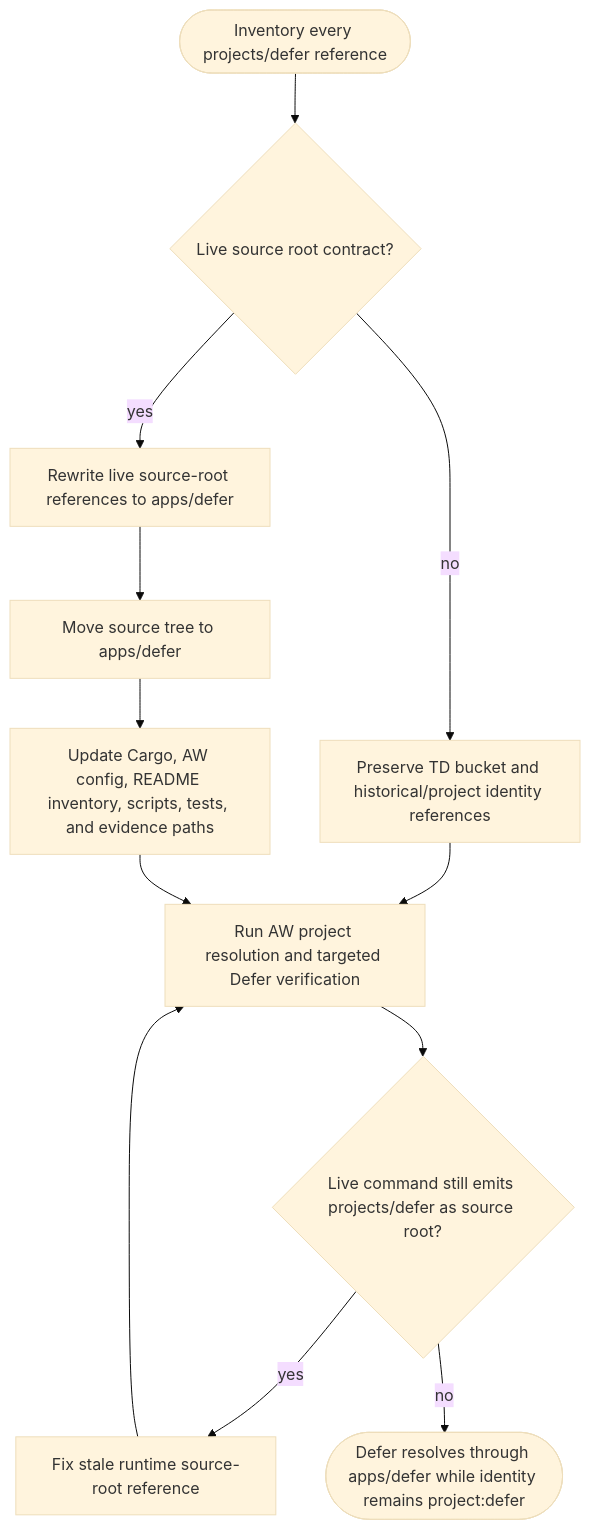
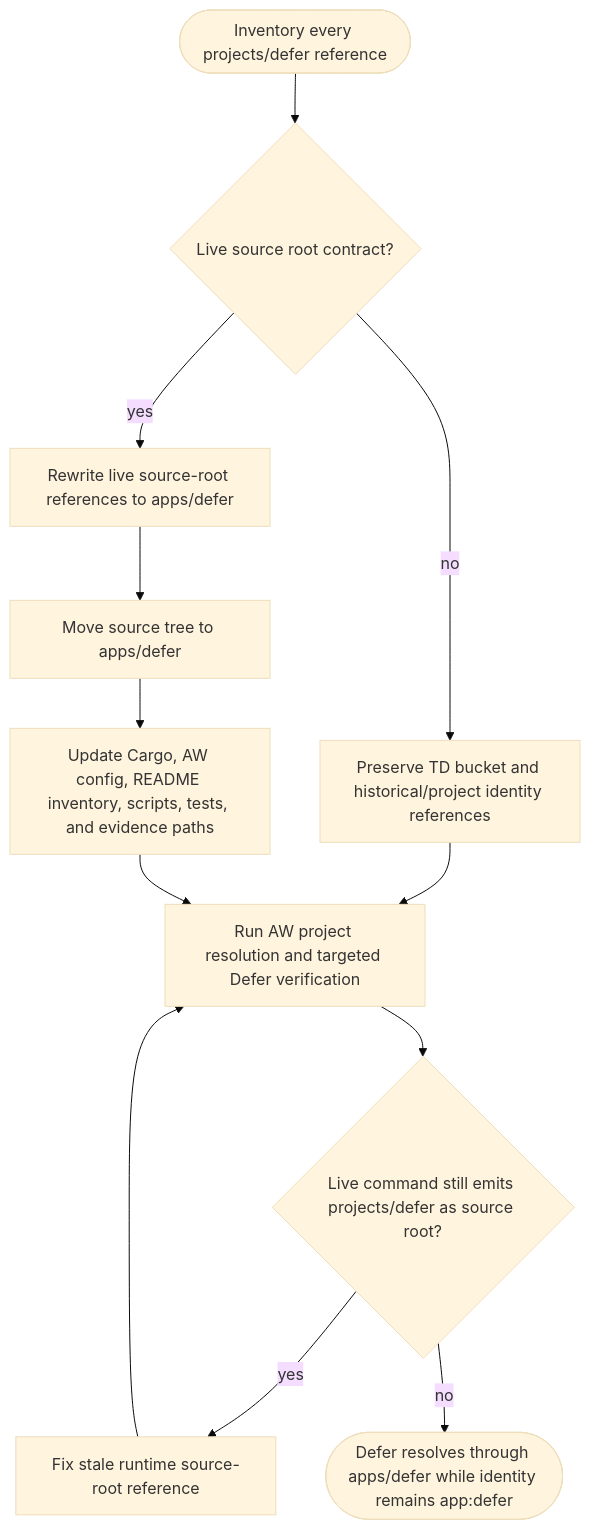
Before and after one commit to chrischeng-c4/axiom: the first of 2 diagrams in projects/defer/tech-design/logic/repo-taxonomy-move-defer-from-projects-defer-to-apps-defer.md, drawn with Mermaid (base theme). The commit also changed other lines of this file and 84 other files, not shown here.

````diff
--- a/projects/defer/tech-design/logic/repo-taxonomy-move-defer-from-projects-defer-to-apps-defer.md
+++ b/projects/defer/tech-design/logic/repo-taxonomy-move-defer-from-projects-defer-to-apps-defer.md
@@ -53,7 +53,7 @@
     label: "Fix the stale runtime source-root reference"
   done:
     kind: terminal
-    label: "Defer resolves through apps/defer while project identity remains project:defer"
+    label: "Defer resolves through apps/defer while project identity remains app:defer"
 edges:
   - from: inventory
     to: classify
@@ -100,5 +100,5 @@
     smoke --> stale{Live command still emits projects/defer as source root?}
     stale -- yes --> fix[Fix stale runtime source-root reference]
     fix --> smoke
-    stale -- no --> done([Defer resolves through apps/defer while identity remains project:defer])
+    stale -- no --> done([Defer resolves through apps/defer while identity remains app:defer])
 ```
````
